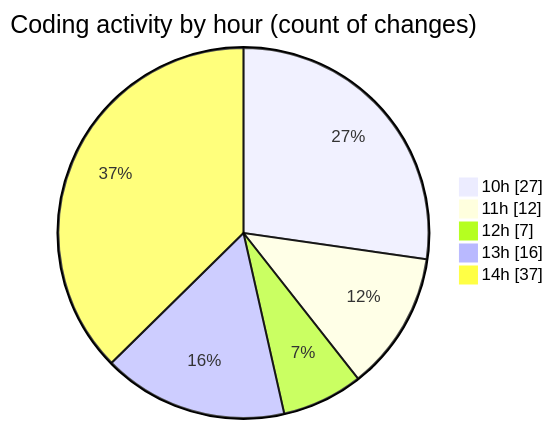
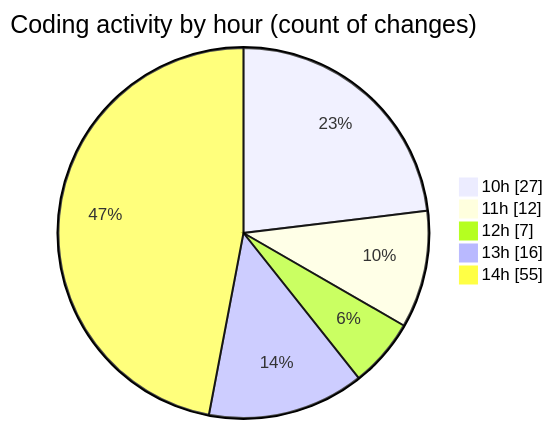
The second of 2 diagrams in 2025-03-01/myws__workspace_/README.md (MatusMokan/code-tracking), drawn with Mermaid before and after one commit. The commit also changed other lines of this file and 1 other file, not shown here.

````diff
--- a/2025-03-01/myws__workspace_/README.md
+++ b/2025-03-01/myws__workspace_/README.md
@@ -40,9 +40,9 @@
 ```mermaid
 pie showData
 title Coding activity by hour (count of changes)
 "10h" : 27
 "11h" : 12
 "12h" : 7
 "13h" : 16
-"14h" : 37
+"14h" : 55
 ```
````
